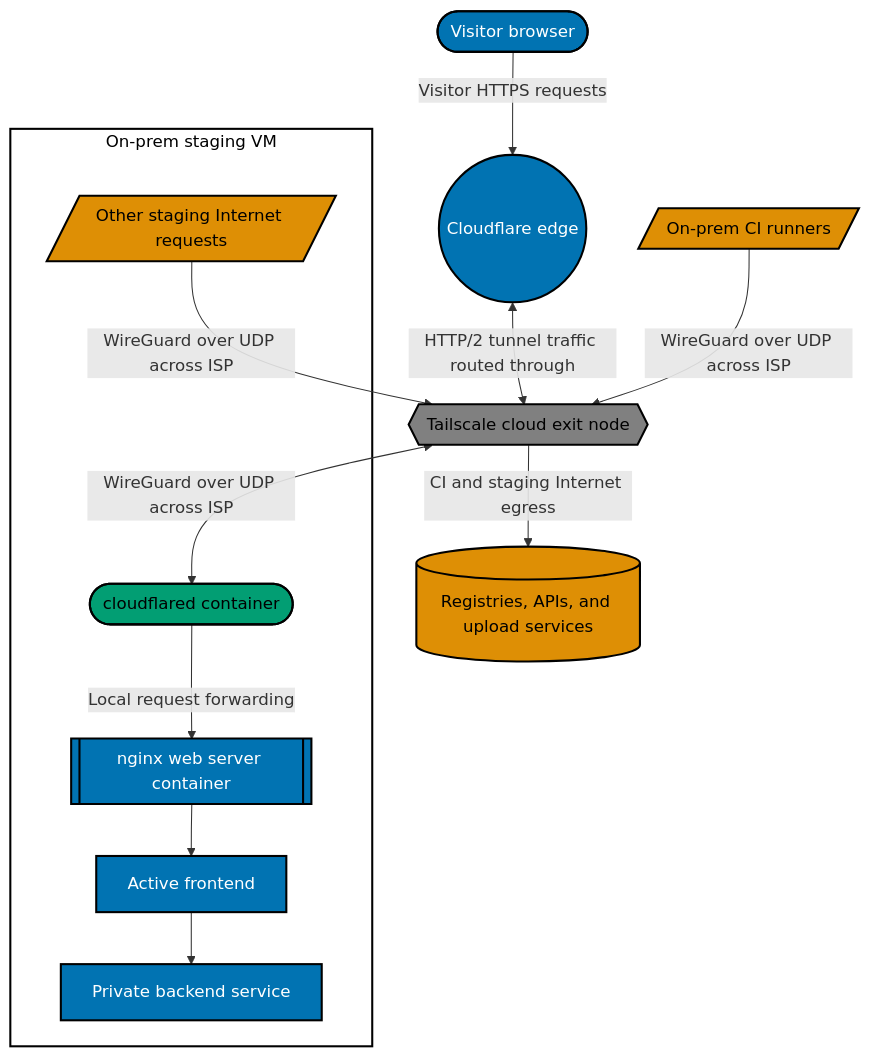
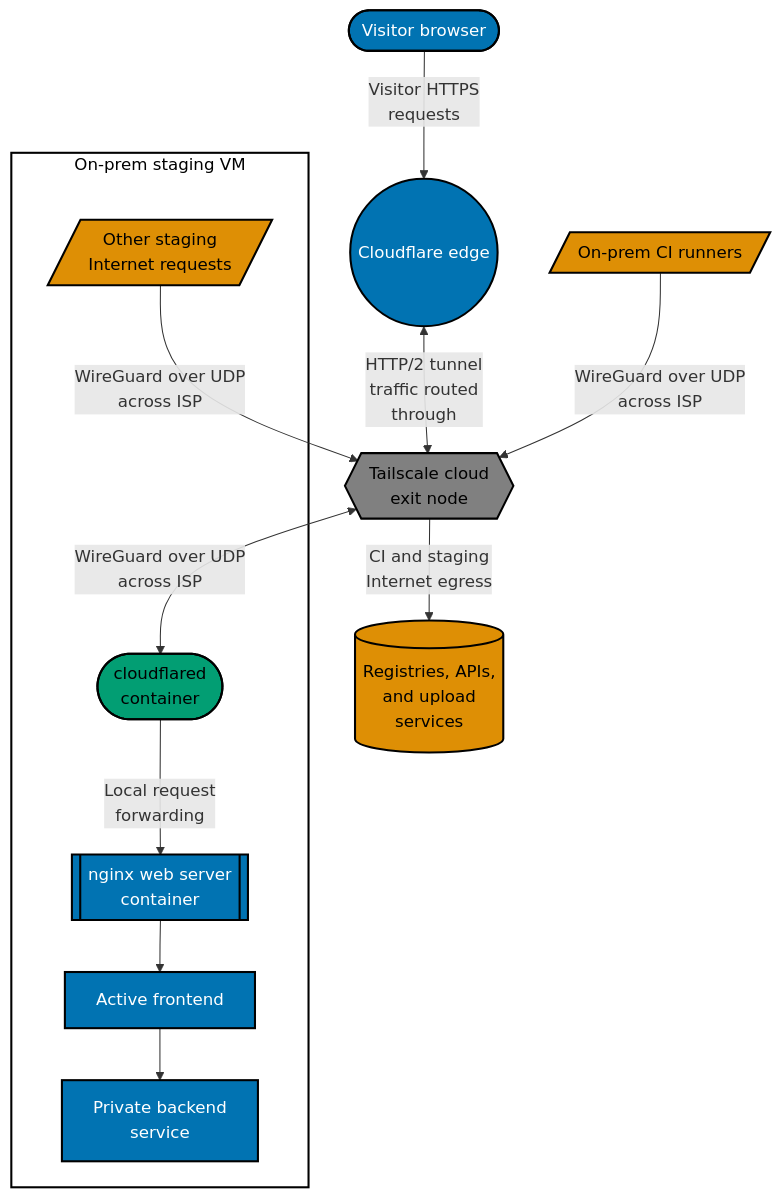
The second of 3 diagrams in apps/ose-www/content/updates/2026-10-17-week-47-learning-paths-and-product-readiness.md (wahidyankf/ose-public), drawn with Mermaid before and after one commit. The commit also changed other lines of this file, not shown here.

Commit message:
docs(ose-www): fit update diagrams to Mermaid rules

````diff
--- a/apps/ose-www/content/updates/2026-10-17-week-47-learning-paths-and-product-readiness.md
+++ b/apps/ose-www/content/updates/2026-10-17-week-47-learning-paths-and-product-readiness.md
@@ -208,38 +209,39 @@
 ```mermaid
 %% Color palette: Blue #0173B2, Teal #029E73, Orange #DE8F05, Gray #808080, Black #000000, White #FFFFFF
 %% Blue marks application and visitor endpoints, teal marks the tunnel connector, orange marks Internet egress, gray marks routing.
 %% Labels and distinct shapes separate visitor ingress from CI and staging egress without color alone.
 graph TD
     accTitle: Cloudflare Tunnel and Internet egress after rerouting
     accDescr: A visitor reaches Cloudflare edge over HTTPS. Inside the on-prem staging virtual machine, cloudflared opens an HTTP/2 Cloudflare Tunnel connection. The TCP connection is carried inside WireGuard over UDP across the ISP route through a Tailscale cloud exit node; the exit node routes but does not terminate the Cloudflare Tunnel or run cloudflared. Local requests pass from cloudflared to the nginx web server, active frontend, and private backend service. Separately, on-prem CI runners and other staging Internet requests use the same WireGuard route through the exit node to reach registries, application programming interfaces, and upload services.
     BROWSER([Visitor browser]):::blue
     EDGE((Cloudflare edge)):::blue
-    EXIT{{Tailscale cloud exit node}}:::gray
+    EXIT{{"Tailscale cloud<br/>exit node"}}:::gray
     RUNNERS[/On-prem CI runners/]:::orange
-    SERVICES[(Registries, APIs, and upload services)]:::orange
+    SERVICES[("Registries, APIs,<br/>and upload<br/>services")]:::orange
 
     subgraph STAGING[On-prem staging VM]
-        CLOUDFLARED([cloudflared container]):::teal
-        NGINX[[nginx web server container]]:::blue
+        CLOUDFLARED(["cloudflared<br/>container"]):::teal
+        NGINX[["nginx web server<br/>container"]]:::blue
         FRONTEND[Active frontend]:::blue
-        BACKEND[Private backend service]:::blue
-        STAGE_EGRESS[/Other staging Internet requests/]:::orange
-        CLOUDFLARED -->|Local request forwarding| NGINX
+        BACKEND["Private backend<br/>service"]:::blue
+        STAGE_EGRESS[/"Other staging<br/>Internet requests"/]:::orange
+        CLOUDFLARED -->|Local request<br/>forwarding| NGINX
         NGINX --> FRONTEND
         FRONTEND --> BACKEND
     end
 
-    BROWSER -->|Visitor HTTPS requests| EDGE
-    EDGE <-->|HTTP/2 tunnel traffic routed through| EXIT
-    EXIT <-->|WireGuard over UDP across ISP| CLOUDFLARED
-    RUNNERS -->|WireGuard over UDP across ISP| EXIT
-    STAGE_EGRESS -->|WireGuard over UDP across ISP| EXIT
-    EXIT -->|CI and staging Internet egress| SERVICES
+    BROWSER -->|Visitor HTTPS<br/>requests| EDGE
+    EDGE <-->|HTTP/2 tunnel<br/>traffic routed<br/>through| EXIT
+    EXIT <-->|WireGuard over UDP<br/>across ISP| CLOUDFLARED
+    RUNNERS -->|WireGuard over UDP<br/>across ISP| EXIT
+    STAGE_EGRESS -->|WireGuard over UDP<br/>across ISP| EXIT
+    EXIT -->|CI and staging<br/>Internet egress| SERVICES
 
     classDef blue fill:#0173B2,stroke:#000000,color:#FFFFFF,stroke-width:2px
     classDef teal fill:#029E73,stroke:#000000,color:#000000,stroke-width:2px
     classDef orange fill:#DE8F05,stroke:#000000,color:#000000,stroke-width:2px
     classDef gray fill:#808080,stroke:#000000,color:#000000,stroke-width:2px
     classDef default fill:#FFFFFF,stroke:#000000,color:#000000,stroke-width:2px
-    style STAGING fill:#FFFFFF,stroke:#000000,stroke-width:2px,color:#000000
+    classDef staging fill:#FFFFFF,stroke:#000000,stroke-width:2px,color:#000000
+    class STAGING staging
 ```
````
